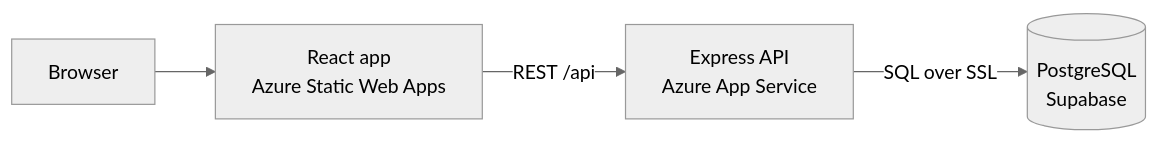
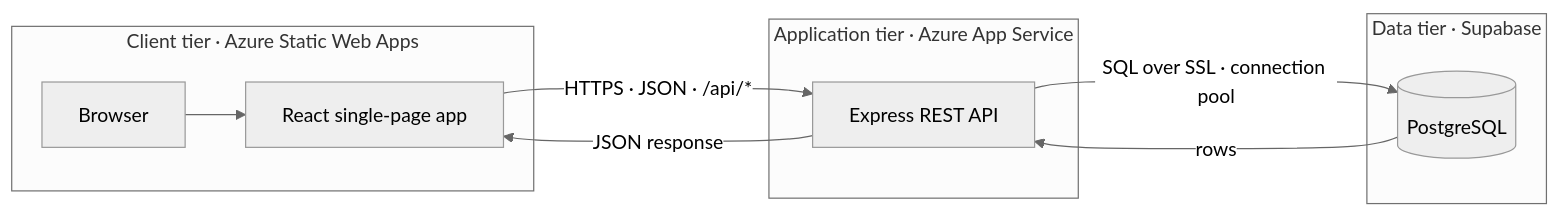
One commit to FlemingJohn/site-operation-dashboard changed the first of 5 diagrams in README.md. Above: the diagram before and after it, drawn with Mermaid (neutral theme). The commit also changed other lines of this file, not shown here.

Commit message:
docs: add client-server architecture to README

````diff
--- a/README.md
+++ b/README.md
@@ -45,6 +47,19 @@
 ```mermaid
 flowchart LR
-    U[Browser] --> F[React app<br/>Azure Static Web Apps]
-    F -- REST /api --> B[Express API<br/>Azure App Service]
-    B -- SQL over SSL --> D[(PostgreSQL<br/>Supabase)]
+    subgraph Client["Client tier · Azure Static Web Apps"]
+        B[Browser] --> R[React single-page app]
+    end
+
+    subgraph Server["Application tier · Azure App Service"]
+        A[Express REST API]
+    end
+
+    subgraph Data["Data tier · Supabase"]
+        D[(PostgreSQL)]
+    end
+
+    R -- "HTTPS · JSON · /api/*" --> A
+    A -- "JSON response" --> R
+    A -- "SQL over SSL · connection pool" --> D
+    D -- "rows" --> A
 ```
````
